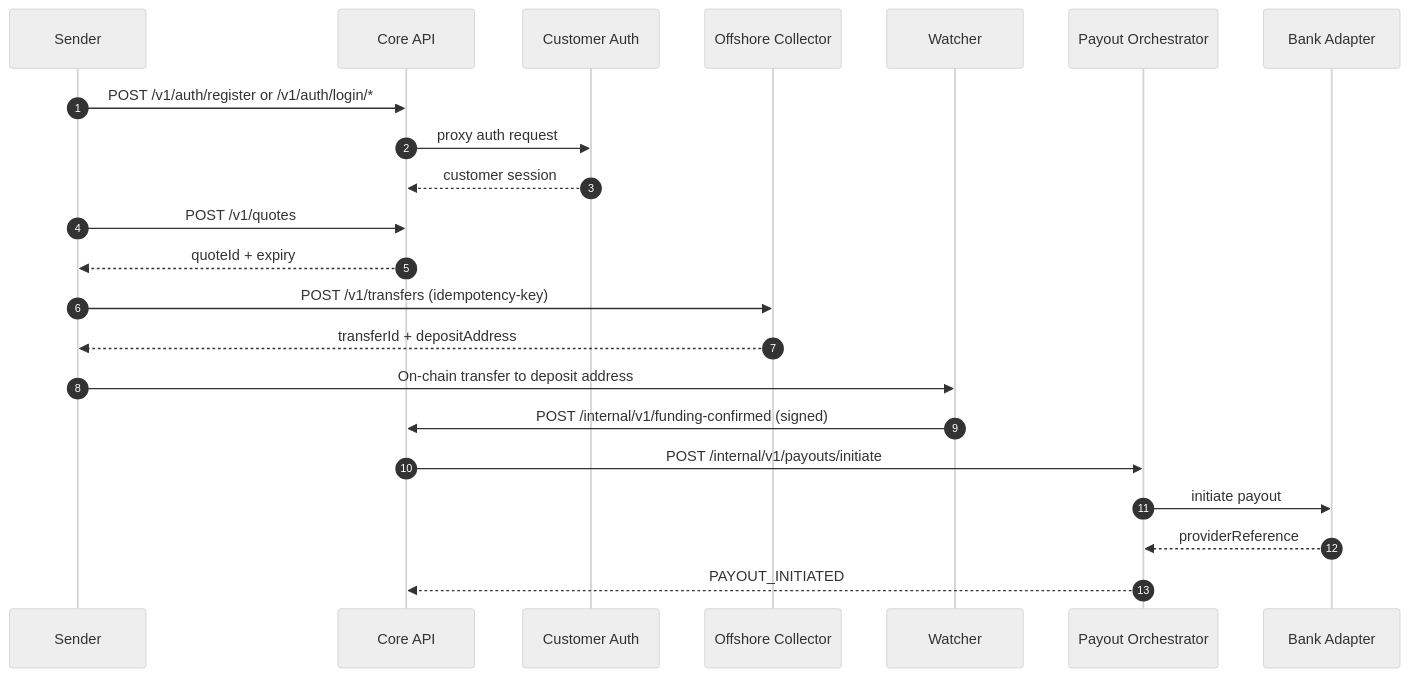
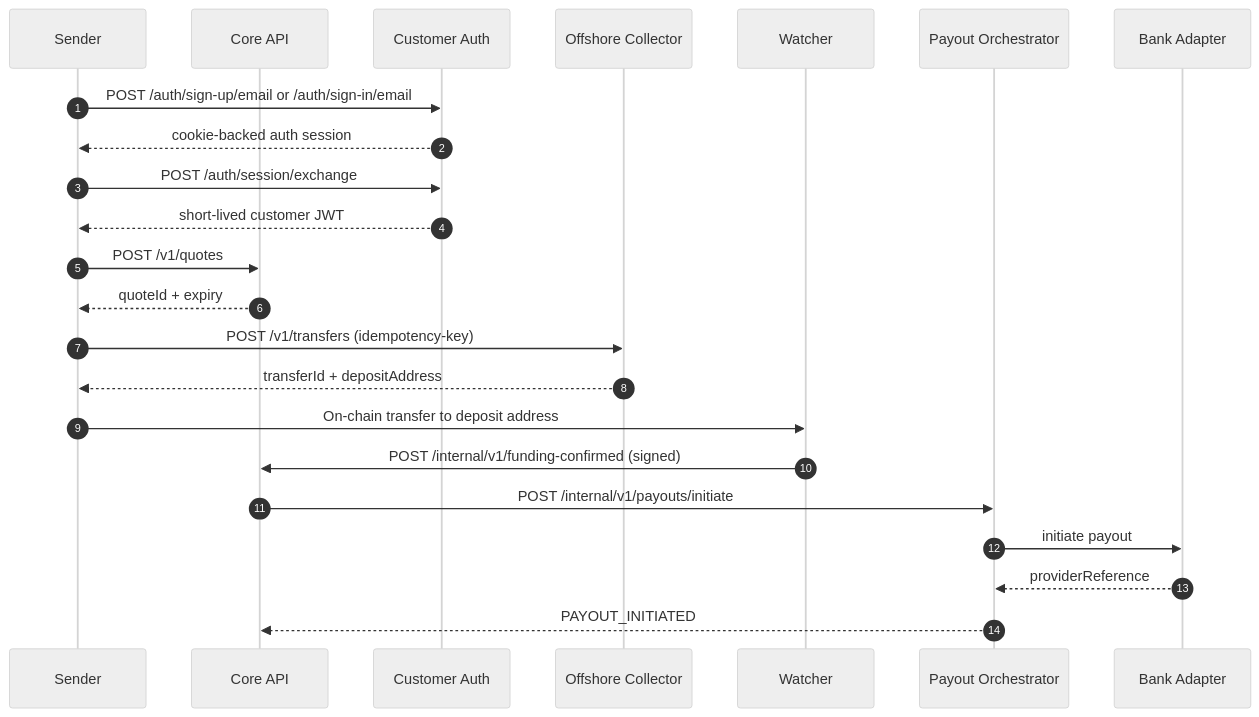
Before and after one commit to ephremdeme/glowing-train: the third of 5 diagrams in system_design.md, drawn with Mermaid (neutral theme). The commit also changed other lines of this file and 15 other files, not shown here.

````diff
--- a/system_design.md
+++ b/system_design.md
@@ -63,25 +62,26 @@
 ```mermaid
 sequenceDiagram
     autonumber
     participant U as Sender
     participant C as Core API
     participant A as Customer Auth
     participant O as Offshore Collector
     participant W as Watcher
     participant P as Payout Orchestrator
     participant B as Bank Adapter
 
-    U->>C: POST /v1/auth/register or /v1/auth/login/*
-    C->>A: proxy auth request
-    A-->>C: customer session
+    U->>A: POST /auth/sign-up/email or /auth/sign-in/email
+    A-->>U: cookie-backed auth session
+    U->>A: POST /auth/session/exchange
+    A-->>U: short-lived customer JWT
     U->>C: POST /v1/quotes
     C-->>U: quoteId + expiry
     U->>O: POST /v1/transfers (idempotency-key)
     O-->>U: transferId + depositAddress
     U->>W: On-chain transfer to deposit address
     W->>C: POST /internal/v1/funding-confirmed (signed)
     C->>P: POST /internal/v1/payouts/initiate
     P->>B: initiate payout
     B-->>P: providerReference
     P-->>C: PAYOUT_INITIATED
 ```
````
